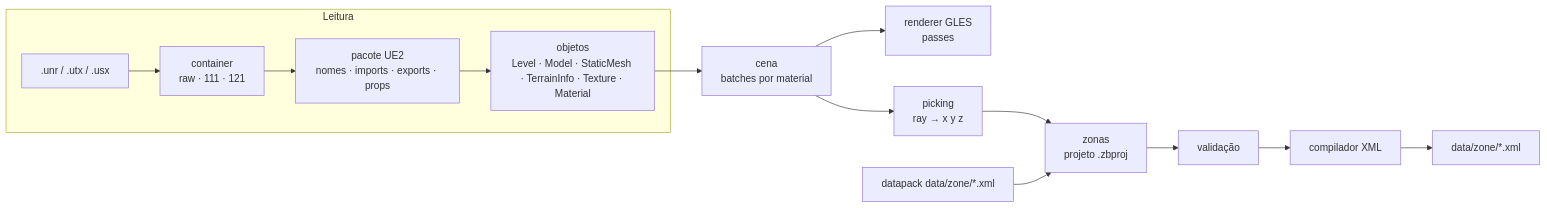
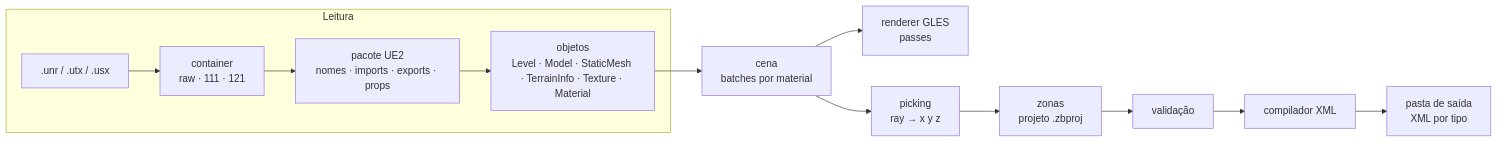
One commit to majestic-world/ZoneBuilder changed the diagram in docs/plan.md. Above: the diagram before and after it, drawn with Mermaid. The commit also changed other lines of this file and 1 other file, not shown here.

First line of the commit message:
docs: adiciona spec do Zone Builder e restringe escopo a unr e XML

````diff
--- a/docs/plan.md
+++ b/docs/plan.md
@@ -52,16 +52,15 @@
 ```mermaid
 flowchart LR
   subgraph Leitura
     A[".unr / .utx / .usx"] --> B["container<br/>raw · 111 · 121"]
     B --> C["pacote UE2<br/>nomes · imports · exports · props"]
     C --> D["objetos<br/>Level · Model · StaticMesh · TerrainInfo · Texture · Material"]
   end
   D --> E["cena<br/>batches por material"]
   E --> F["renderer GLES<br/>passes"]
   E --> G["picking<br/>ray → x y z"]
   G --> H["zonas<br/>projeto .zbproj"]
-  I["datapack data/zone/*.xml"] --> H
   H --> J["validação"]
   J --> K["compilador XML"]
-  K --> L["data/zone/*.xml"]
+  K --> L["pasta de saída<br/>XML por tipo"]
 ```
````
